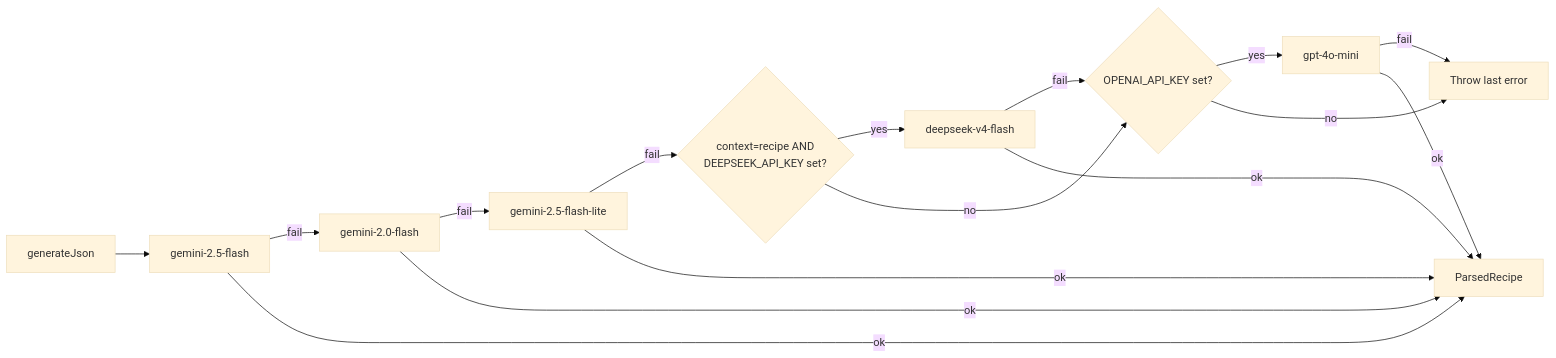
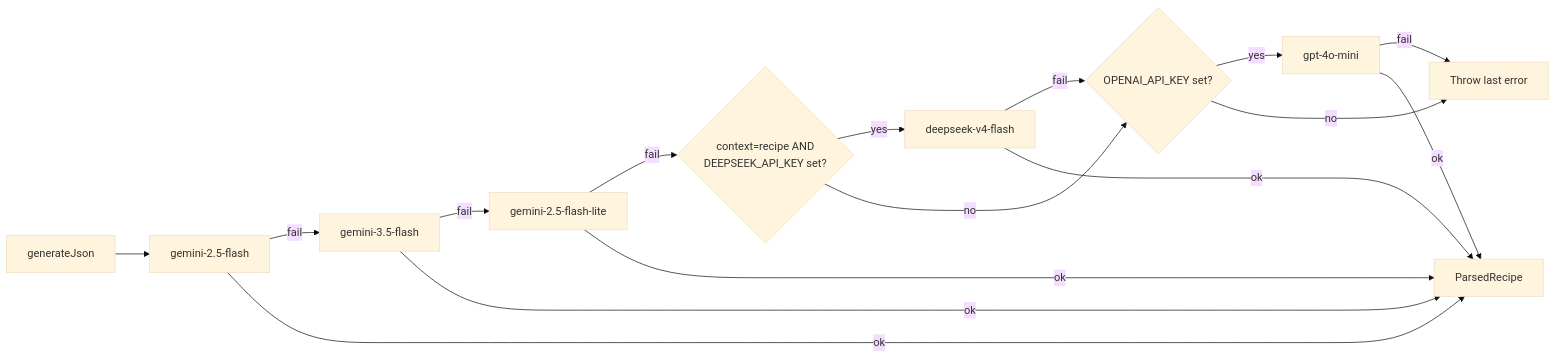
The fifth of 7 diagrams in docs/explanation/parse-pipeline.md (Sailarn/RecipAI), drawn with Mermaid (base theme) before and after one commit. The commit also changed other lines of this file and 2 other files, not shown here.

Commit message:
fix(ai): replace the retired gemini-2.0-flash with gemini-3.5-flash
gemini-2.0-flash is no longer in the models list and failed every call within
about 200ms, wasting one attempt per fallback. The current Flash takes its
slot; the primary model is unchanged.

````diff
--- a/docs/explanation/parse-pipeline.md
+++ b/docs/explanation/parse-pipeline.md
@@ -114,18 +114,18 @@
 ```mermaid
 graph LR
     A[generateJson] --> B[gemini-2.5-flash]
-    B -->|fail| C[gemini-2.0-flash]
+    B -->|fail| C[gemini-3.5-flash]
     C -->|fail| D[gemini-2.5-flash-lite]
     D -->|fail| DS{context=recipe AND<br/>DEEPSEEK_API_KEY set?}
     DS -->|yes| DM[deepseek-v4-flash]
     DS -->|no| E{OPENAI_API_KEY set?}
     DM -->|fail| E
     E -->|yes| F[gpt-4o-mini]
     E -->|no| G[Throw last error]
     F -->|fail| G
     B -->|ok| H[ParsedRecipe]
     C -->|ok| H
     D -->|ok| H
     DM -->|ok| H
     F -->|ok| H
 ```
````
